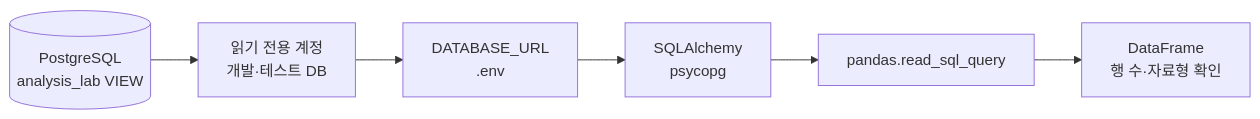
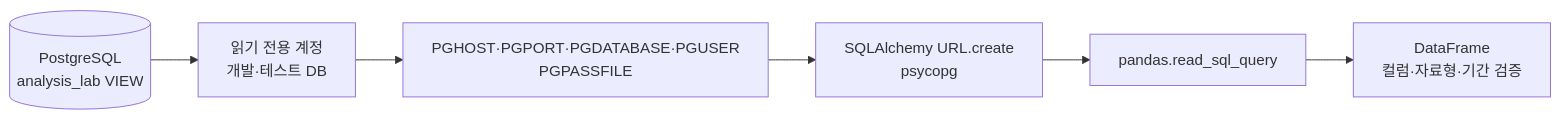
Before and after one commit to GilbertMoon/ai-database-book: the diagram in images/chapter14/ch14_06_postgresql_python_connection.mmd, drawn with Mermaid.

Commit message:
Update Chapter 14 PostgreSQL connection diagram

```diff
--- a/images/chapter14/ch14_06_postgresql_python_connection.mmd
+++ b/images/chapter14/ch14_06_postgresql_python_connection.mmd
@@ -1,9 +1,9 @@
 flowchart LR
     DB[(PostgreSQL<br/>analysis_lab VIEW)]
     A[읽기 전용 계정<br/>개발·테스트 DB]
-    E[DATABASE_URL<br/>.env]
-    S[SQLAlchemy<br/>psycopg]
+    E[PGHOST·PGPORT·PGDATABASE·PGUSER<br/>PGPASSFILE]
+    S[SQLAlchemy URL.create<br/>psycopg]
     P[pandas.read_sql_query]
-    D[DataFrame<br/>행 수·자료형 확인]
+    D[DataFrame<br/>컬럼·자료형·기간 검증]
 
     DB --> A --> E --> S --> P --> D
```
